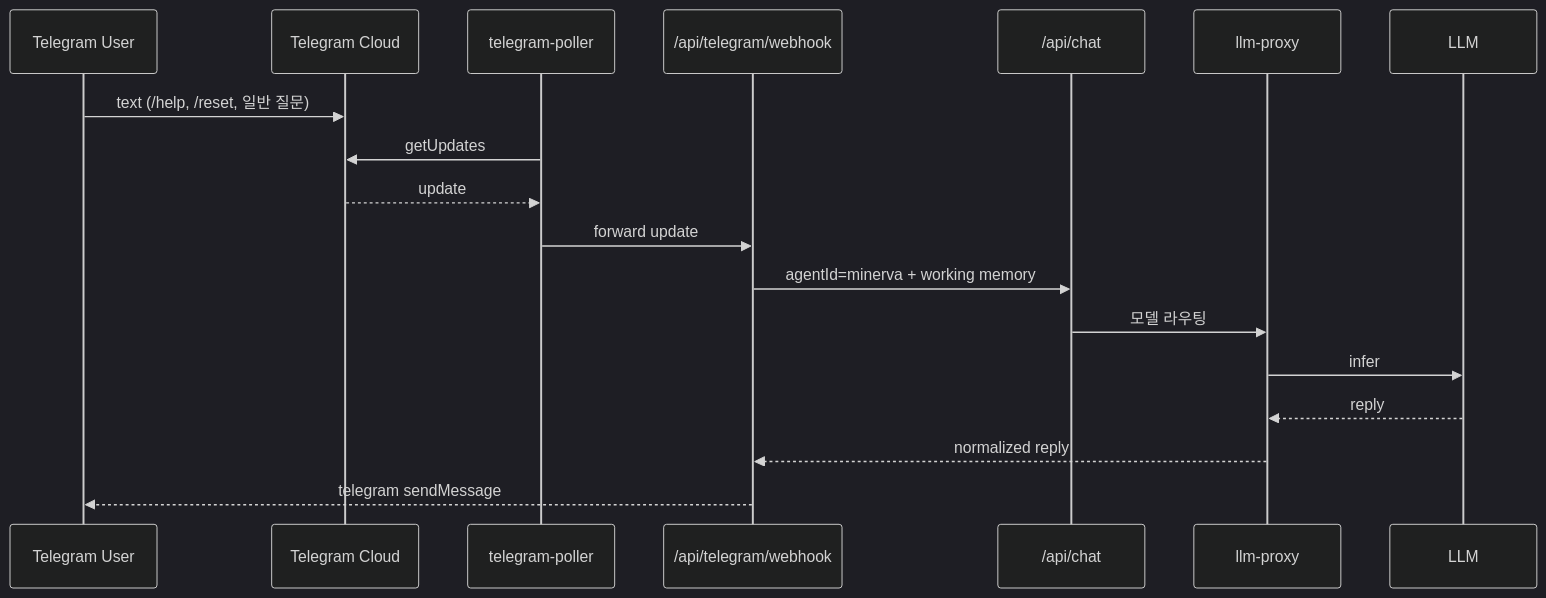
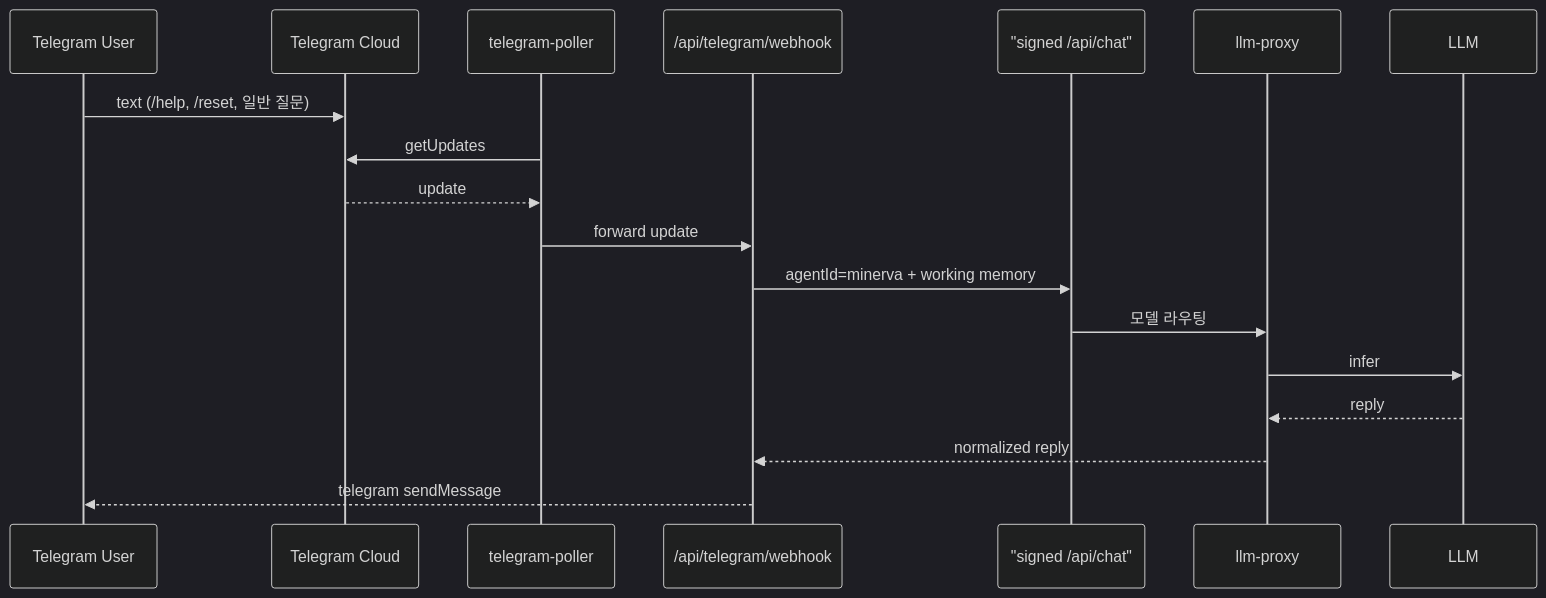
Before and after one commit to Merchantlee99/Personal-AI-agent-v2: the second of 5 diagrams in docs/ARCHITECTURE.md, drawn with Mermaid (dark theme). The commit also changed other lines of this file and 8 other files, not shown here.

````diff
--- a/docs/ARCHITECTURE.md
+++ b/docs/ARCHITECTURE.md
@@ -126,21 +126,21 @@
 ```mermaid
 sequenceDiagram
   participant U as Telegram User
   participant T as Telegram Cloud
   participant TP as telegram-poller
   participant W as /api/telegram/webhook
-  participant C as /api/chat
+  participant C as "signed /api/chat"
   participant PX as llm-proxy
   participant L as LLM
 
   U->>T: text (/help, /reset, 일반 질문)
   TP->>T: getUpdates
   T-->>TP: update
   TP->>W: forward update
   W->>C: agentId=minerva + working memory
   C->>PX: 모델 라우팅
   PX->>L: infer
   L-->>PX: reply
   PX-->>W: normalized reply
   W-->>U: telegram sendMessage
 ```
````
